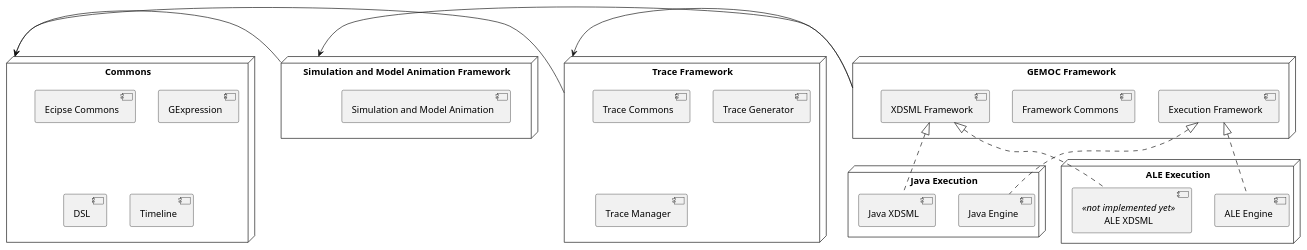
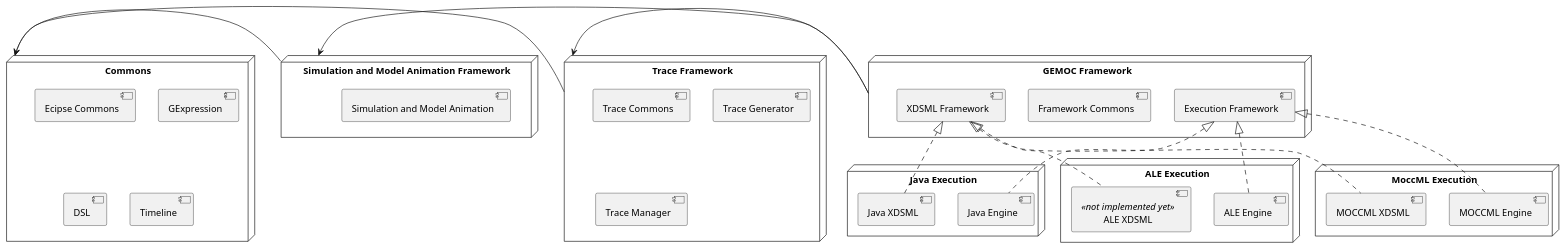
Before and after one commit to eclipse-gemoc/gemoc-studio: the diagram in docs/org.eclipse.gemoc.studio.doc/src/main/asciidoc/images/dev/ComponentsOverview.plantuml, drawn with PlantUML. The commit also changed 3 other files, not shown here.

```diff
--- a/docs/org.eclipse.gemoc.studio.doc/src/main/asciidoc/images/dev/ComponentsOverview.plantuml
+++ b/docs/org.eclipse.gemoc.studio.doc/src/main/asciidoc/images/dev/ComponentsOverview.plantuml
@@ -1,49 +1,55 @@
 @startuml
 skinparam ComponentBorderColor black
 
 scale max 1024 width
 scale max 800 height
 
 node "Commons" as commons {
   [Ecipse Commons]
   [GExpression]
   [DSL]
   [Timeline]
 }
 
 node  "Simulation and Model Animation Framework" as simulation_model_animation{
   [Simulation and Model Animation]
 }
  
 node "GEMOC Framework" as gemoc_framework{
   [Execution Framework]
   [Framework Commons]
   [XDSML Framework]
 } 
 
 node  "Trace Framework" as trace {
   [Trace Commons]
   [Trace Generator]
   [Trace Manager]
 }
 
 node  "Java Execution" as java_execution {
   [Java XDSML]
   [Java Engine]
 }
 
 node  "ALE Execution" as ale_execution {
   [ALE XDSML]<<not implemented yet>>
   [ALE Engine]
 }
+node  "MoccML Execution" as moccml_execution {
+  [MOCCML XDSML]
+  [MOCCML Engine]
+}
 
 commons <- simulation_model_animation
 commons <- trace
 simulation_model_animation <- gemoc_framework
 trace <- gemoc_framework
 [XDSML Framework] <|.. [Java XDSML] 
 [Execution Framework] <|.. [Java Engine]
 [XDSML Framework] <|.. [ALE XDSML] 
 [Execution Framework] <|.. [ALE Engine]
+[XDSML Framework] <|.. [MOCCML XDSML] 
+[Execution Framework] <|.. [MOCCML Engine]
 
 @enduml
```
